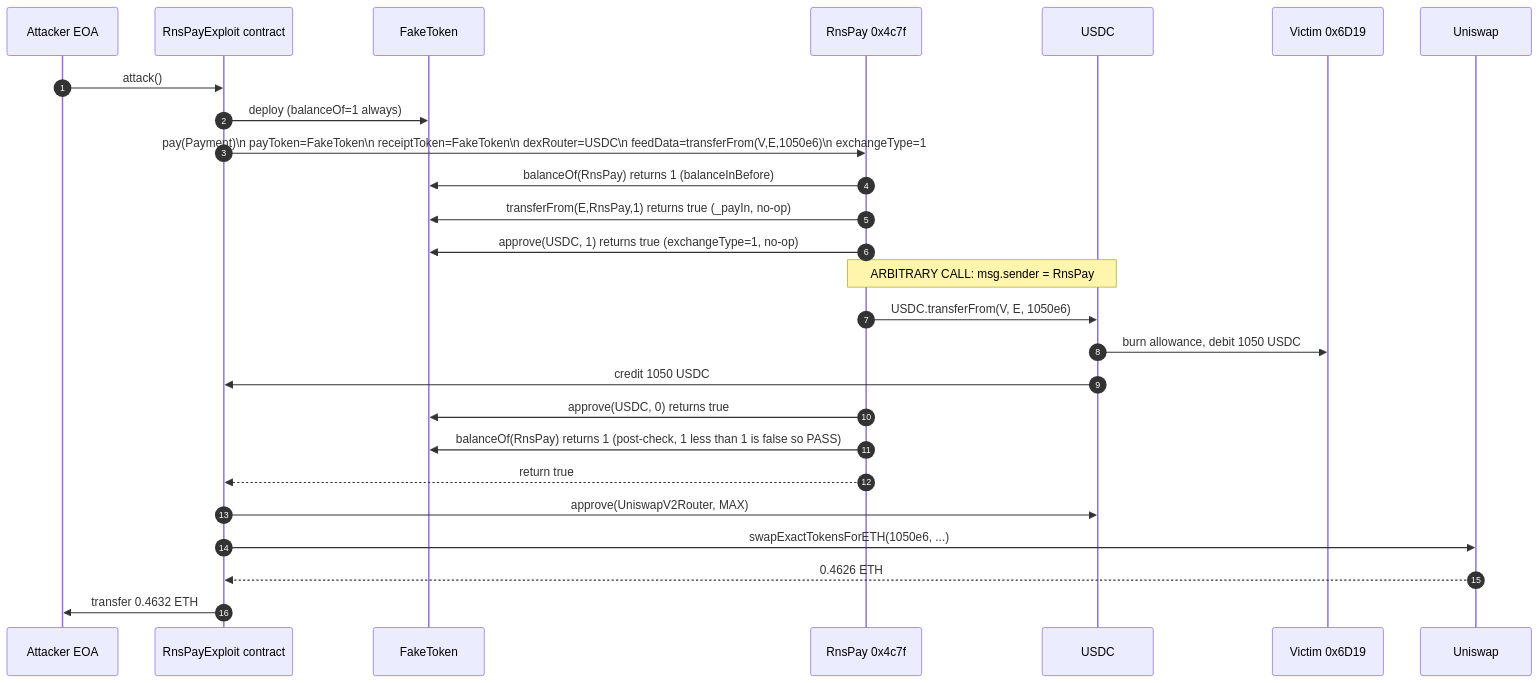
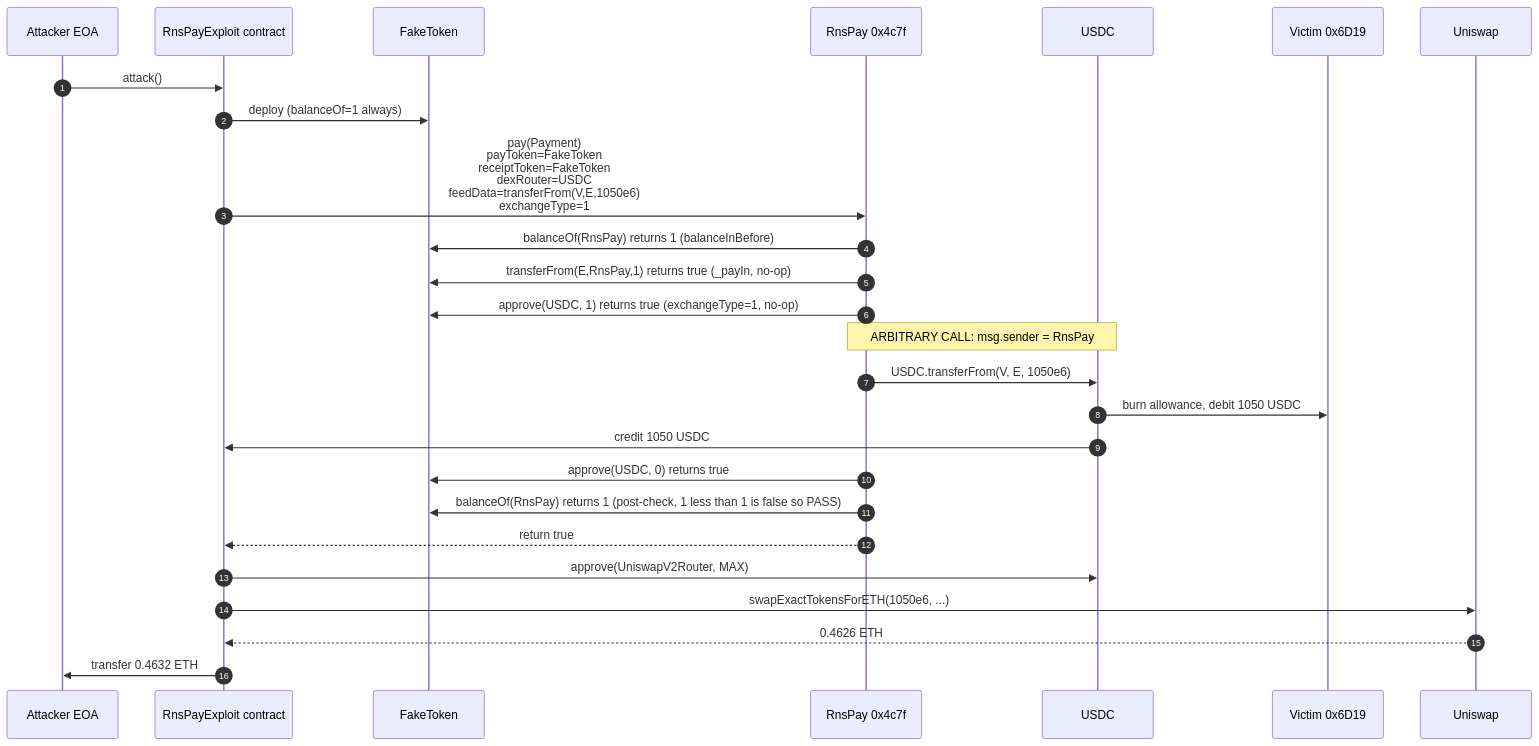
The first of 2 diagrams in 2025-03-RnsPay_exp/RnsPay_exp.md (sanbir/evm-hack-registry), drawn with Mermaid before and after one commit. The commit also changed other lines of this file and 280 other files, not shown here.

Commit message:
mermaid fixes

````diff
--- a/2025-03-RnsPay_exp/RnsPay_exp.md
+++ b/2025-03-RnsPay_exp/RnsPay_exp.md
@@ -172,28 +172,28 @@
 ```mermaid
 sequenceDiagram
     autonumber
     participant A as Attacker EOA
     participant E as RnsPayExploit contract
     participant F as FakeToken
     participant R as RnsPay 0x4c7f
     participant U as USDC
     participant V as Victim 0x6D19
 
     A->>E: attack()
     E->>F: deploy (balanceOf=1 always)
-    E->>R: pay(Payment)\n payToken=FakeToken\n receiptToken=FakeToken\n dexRouter=USDC\n feedData=transferFrom(V,E,1050e6)\n exchangeType=1
+    E->>R: pay(Payment)<br/> payToken=FakeToken<br/> receiptToken=FakeToken<br/> dexRouter=USDC<br/> feedData=transferFrom(V,E,1050e6)<br/> exchangeType=1
     R->>F: balanceOf(RnsPay) returns 1  (balanceInBefore)
     R->>F: transferFrom(E,RnsPay,1) returns true  (_payIn, no-op)
     R->>F: approve(USDC, 1) returns true  (exchangeType=1, no-op)
     Note over R,U: ARBITRARY CALL: msg.sender = RnsPay
     R->>U: USDC.transferFrom(V, E, 1050e6)
     U->>V: burn allowance, debit 1050 USDC
     U->>E: credit 1050 USDC
     R->>F: approve(USDC, 0) returns true
     R->>F: balanceOf(RnsPay) returns 1  (post-check, 1 less than 1 is false so PASS)
     R-->>E: return true
     E->>U: approve(UniswapV2Router, MAX)
     E->>Uniswap: swapExactTokensForETH(1050e6, ...)
     Uniswap-->>E: 0.4626 ETH
     E->>A: transfer 0.4632 ETH
 ```
````
